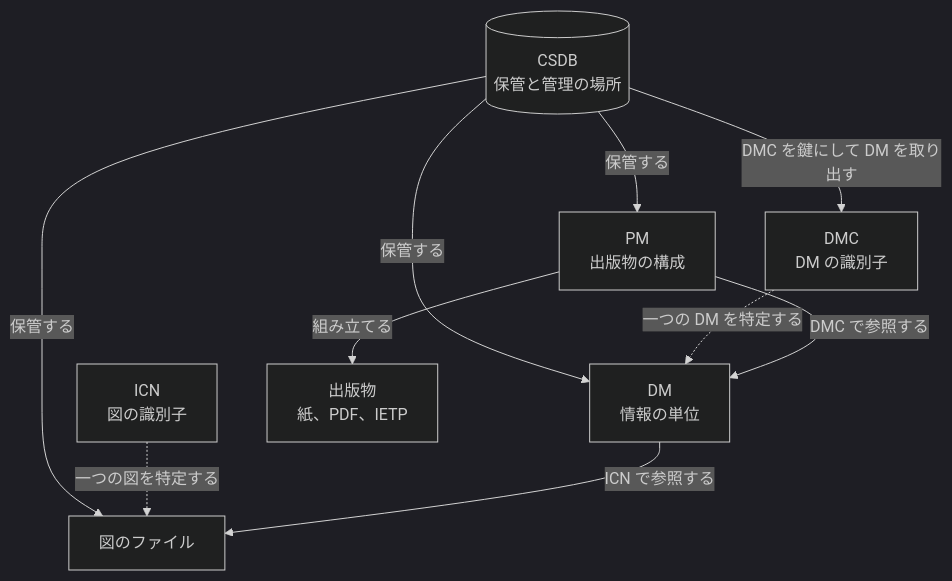
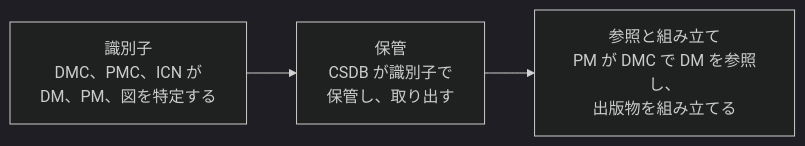
Before and after one commit to shuji-bonji/zenn-articles: the first of 5 diagrams in books/s1000d-intro/core-concepts.md, drawn with Mermaid (dark theme). The commit also changed other lines of this file and 1 other file, not shown here.

````diff
--- a/books/s1000d-intro/core-concepts.md
+++ b/books/s1000d-intro/core-concepts.md
@@ -30,19 +9,7 @@
 ```mermaid
-flowchart TB
-  CSDB[("CSDB<br/>保管と管理の場所")]
-  DMC["DMC<br/>DM の識別子"]
-  DM["DM<br/>情報の単位"]
-  PM["PM<br/>出版物の構成"]
-  ICN["ICN<br/>図の識別子"]
-  FIG["図のファイル"]
-  OUT["出版物<br/>紙、PDF、IETP"]
-  CSDB -- "保管する" --> DM
-  CSDB -- "保管する" --> PM
-  CSDB -- "保管する" --> FIG
-  DMC -. "一つの DM を特定する" .-> DM
-  CSDB -- "DMC を鍵にして DM を取り出す" --> DMC
-  ICN -. "一つの図を特定する" .-> FIG
-  PM -- "DMC で参照する" --> DM
-  DM -- "ICN で参照する" --> FIG
-  PM -- "組み立てる" --> OUT
+flowchart LR
+  A["識別子<br/>DMC、PMC、ICN が<br/>DM、PM、図を特定する"]
+  B["保管<br/>CSDB が識別子で<br/>保管し、取り出す"]
+  C["参照と組み立て<br/>PM が DMC で DM を参照し、<br/>出版物を組み立てる"]
+  A --> B --> C
 ```
````
